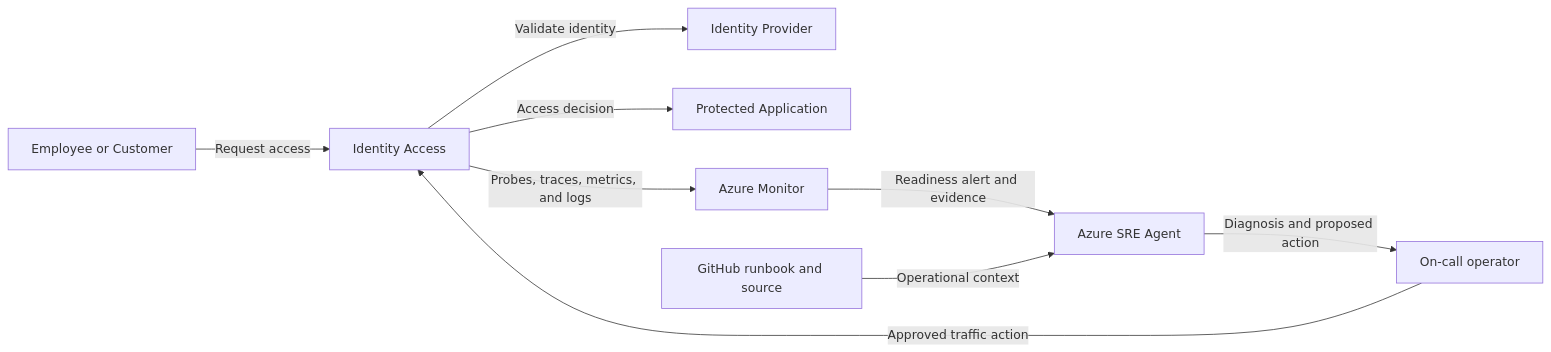
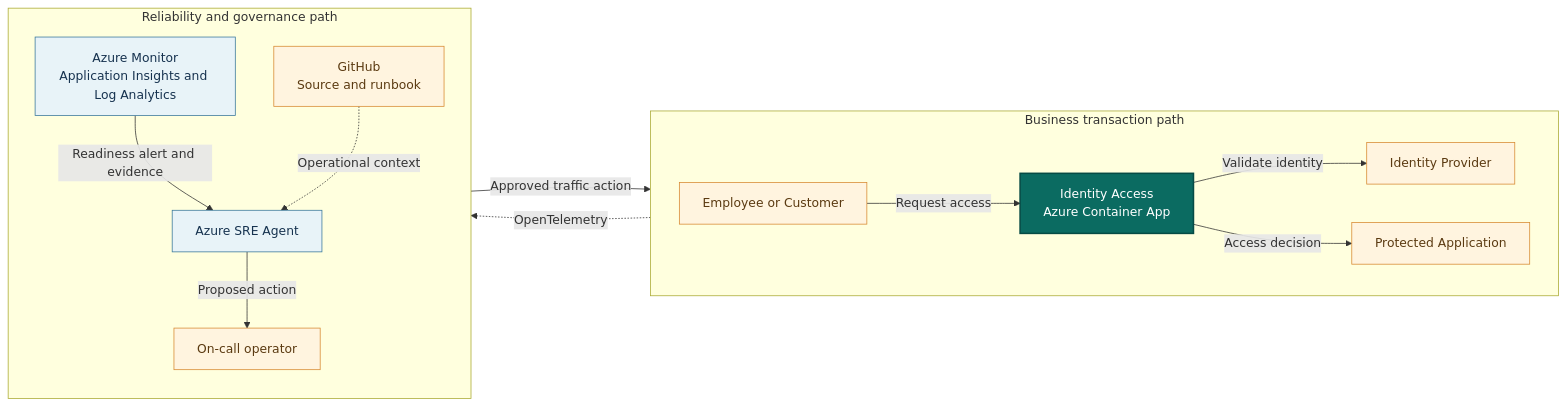
Before and after one commit to KrishnaDistributedcomputing/SREAgentEnterpriseShowcase: the diagram in runbooks/identity-access.md, drawn with Mermaid. The commit also changed other lines of this file and 14 other files, not shown here.

First line of the commit message:
docs(docs): refine system context diagrams

````diff
--- a/runbooks/identity-access.md
+++ b/runbooks/identity-access.md
@@ -32,11 +32,34 @@
 ```mermaid
 flowchart LR
-    User[Employee or Customer] -->|Request access| App[Identity Access]
-    App -->|Validate identity| Dependency[Identity Provider]
-    App -->|Access decision| Protected[Protected Application]
-    App -->|Probes, traces, metrics, and logs| Monitor[Azure Monitor]
-    Monitor -->|Readiness alert and evidence| Agent[Azure SRE Agent]
-    Runbook[GitHub runbook and source] -->|Operational context| Agent
-    Agent -->|Diagnosis and proposed action| Operator[On-call operator]
-    Operator -->|Approved traffic action| App
+    subgraph Business["Business transaction path"]
+        direction LR
+        User["Employee or Customer"]
+        App["Identity Access<br/>Azure Container App"]
+        Provider["Identity Provider"]
+        Protected["Protected Application"]
+        User -->|"Request access"| App
+        App -->|"Validate identity"| Provider
+        App -->|"Access decision"| Protected
+    end
+
+    subgraph Operations["Reliability and governance path"]
+        direction TB
+        Monitor["Azure Monitor<br/>Application Insights and Log Analytics"]
+        Agent["Azure SRE Agent"]
+        Operator["On-call operator"]
+        Repository["GitHub<br/>Source and runbook"]
+        Monitor -->|"Readiness alert and evidence"| Agent
+        Repository -.->|"Operational context"| Agent
+        Agent -->|"Proposed action"| Operator
+    end
+
+    App -.->|"OpenTelemetry"| Monitor
+    Operator -->|"Approved traffic action"| App
+
+    classDef application fill:#0b6b61,color:#ffffff,stroke:#064b45,stroke-width:2px
+    classDef azure fill:#e8f3f8,color:#16324f,stroke:#39789b
+    classDef external fill:#fff4df,color:#5b3a11,stroke:#d78a32
+    class App application
+    class Monitor,Agent azure
+    class User,Provider,Protected,Operator,Repository external
 ```
````
